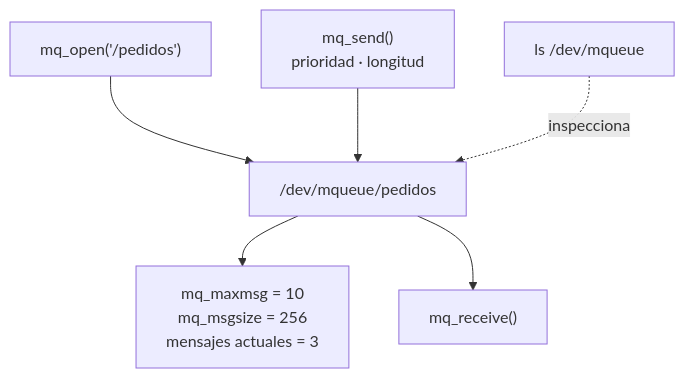
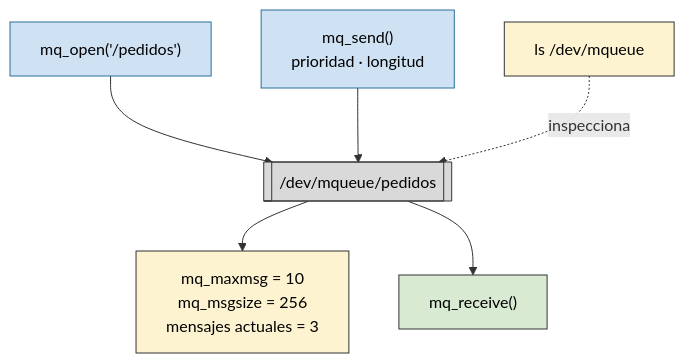
Before and after one commit to asiermarzo/ssoo: the second of 2 diagrams in TEORIA/09-ipc-colas-de-mensajes/README.md, drawn with Mermaid. The commit also changed other lines of this file and 25 other files, not shown here.

Commit message:
refinado de diagramas mermaid y svg

````diff
--- a/TEORIA/09-ipc-colas-de-mensajes/README.md
+++ b/TEORIA/09-ipc-colas-de-mensajes/README.md
@@ -55,8 +88,17 @@
 ```mermaid
 flowchart TB
-    C1["mq_open('/pedidos')"] --> M["/dev/mqueue/pedidos"]
+    C1["mq_open('/pedidos')"] --> M[["/dev/mqueue/pedidos"]]
     C2["mq_send()<br/>prioridad · longitud"] --> M
     M --> A["mq_maxmsg = 10<br/>mq_msgsize = 256<br/>mensajes actuales = 3"]
     M --> R["mq_receive()"]
     I["ls /dev/mqueue"] -. inspecciona .-> M
+
+    classDef productor fill:#cfe2f3,stroke:#2b6f99,color:#000;
+    classDef consumidor fill:#d9ead3,stroke:#333,color:#000;
+    classDef nucleo fill:#d9d9d9,stroke:#333,color:#000;
+    classDef info fill:#fdf3d0,stroke:#333,color:#000;
+    class C1,C2 productor;
+    class R consumidor;
+    class M nucleo;
+    class A,I info;
 ```
````
